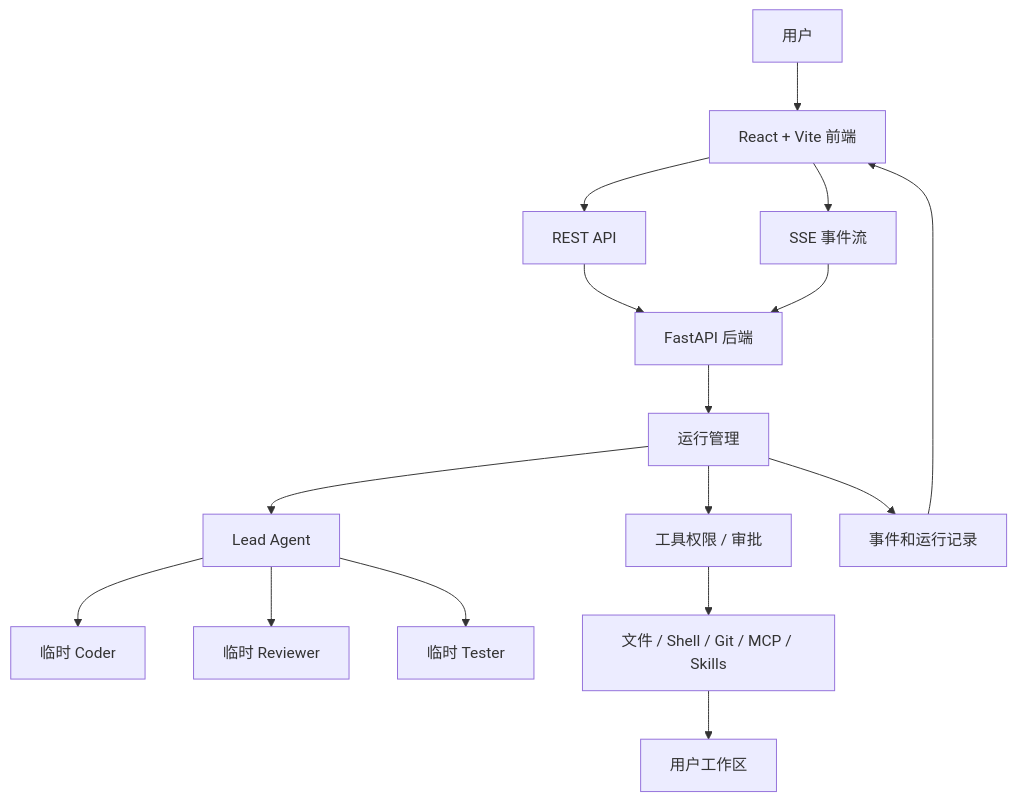
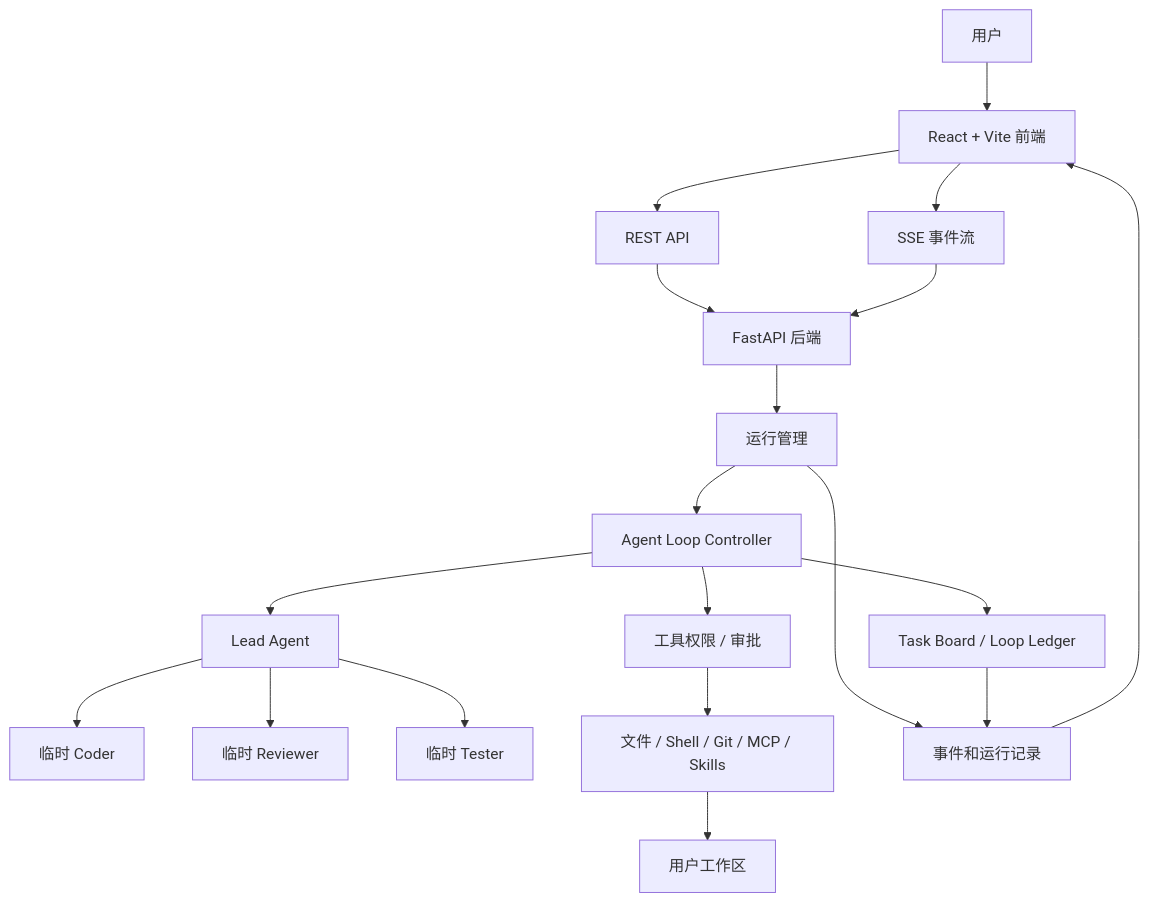
Before and after one commit to MagicalLiHua/nanoCursor: the diagram in README.md, drawn with Mermaid. The commit also changed other lines of this file and 17 other files, not shown here.

````diff
--- a/README.md
+++ b/README.md
@@ -113,18 +137,21 @@
 ```mermaid
 flowchart TD
     User["用户"] --> Frontend["React + Vite 前端"]
     Frontend --> REST["REST API"]
     Frontend --> SSE["SSE 事件流"]
     REST --> API["FastAPI 后端"]
     SSE --> API
     API --> RunManager["运行管理"]
-    RunManager --> Lead["Lead Agent"]
+    RunManager --> Loop["Agent Loop Controller"]
+    Loop --> Lead["Lead Agent"]
     Lead --> Coder["临时 Coder"]
     Lead --> Reviewer["临时 Reviewer"]
     Lead --> Tester["临时 Tester"]
-    RunManager --> Policy["工具权限 / 审批"]
+    Loop --> Board["Task Board / Loop Ledger"]
+    Loop --> Policy["工具权限 / 审批"]
     Policy --> Tools["文件 / Shell / Git / MCP / Skills"]
     Tools --> Workspace["用户工作区"]
     RunManager --> Store["事件和运行记录"]
+    Board --> Store
     Store --> Frontend
 ```
````
